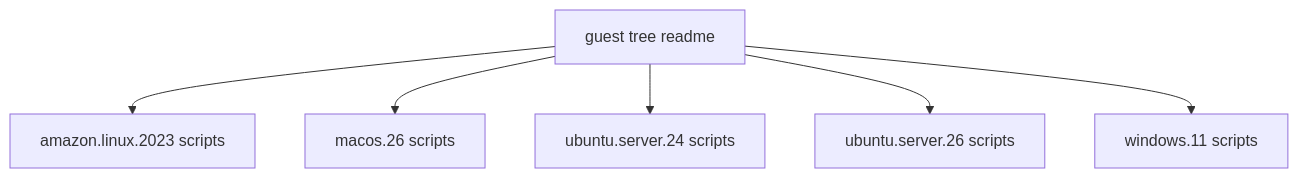
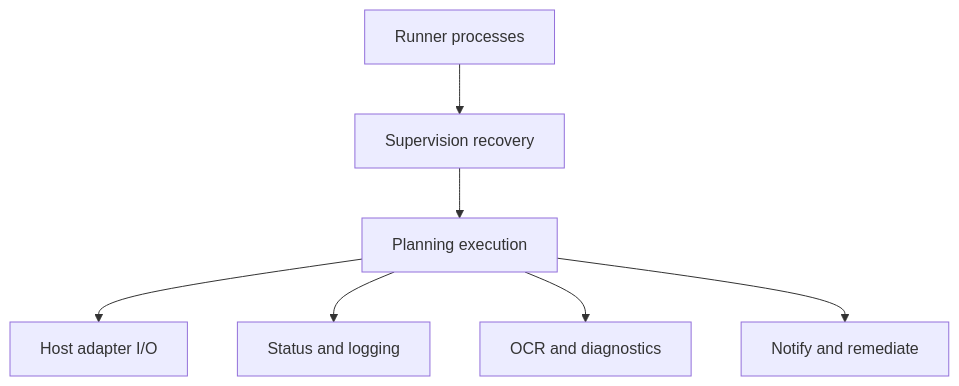
The third of 7 diagrams in docs/design/02-component-breakdown.md (alissonsol/yuruna), drawn with Mermaid before and after one commit. The commit also changed other lines of this file and 657 other files, not shown here.

````diff
--- a/docs/design/02-component-breakdown.md
+++ b/docs/design/02-component-breakdown.md
@@ -270,15 +54,9 @@
 ```mermaid
 flowchart TD
-    amazon-linux-2023["amazon.linux.2023 scripts"]
-    macos-26["macos.26 scripts"]
-    ubuntu-server-24["ubuntu.server.24 scripts"]
-    ubuntu-server-26["ubuntu.server.26 scripts"]
-    windows-11["windows.11 scripts"]
-    guest-readme["guest tree readme"]
-
-    guest-readme --> amazon-linux-2023
-    guest-readme --> macos-26
-    guest-readme --> ubuntu-server-24
-    guest-readme --> ubuntu-server-26
-    guest-readme --> windows-11
+  runner-processes["Runner processes"] --> supervision-recovery["Supervision recovery"]
+  supervision-recovery --> planning-execution["Planning execution"]
+  planning-execution --> host-adapter-io["Host adapter I/O"]
+  planning-execution --> status-logging["Status and logging"]
+  planning-execution --> ocr-diagnostics["OCR and diagnostics"]
+  planning-execution --> notify-remediate["Notify and remediate"]
 ```
````
